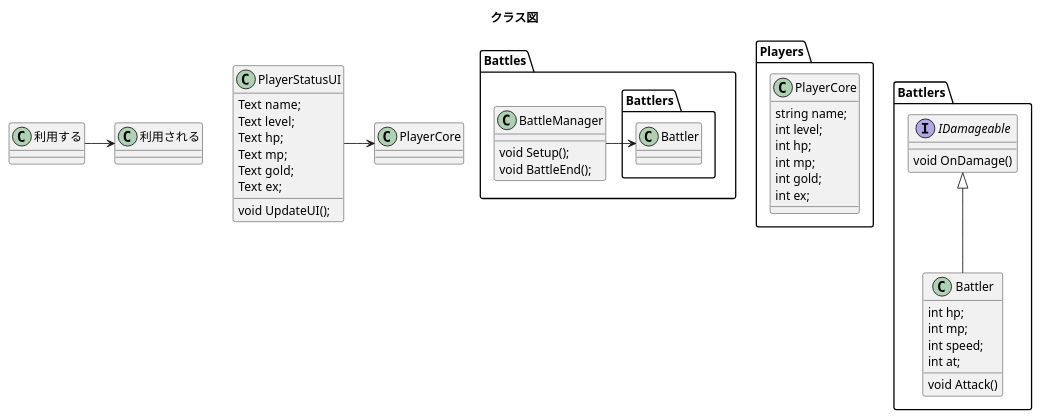
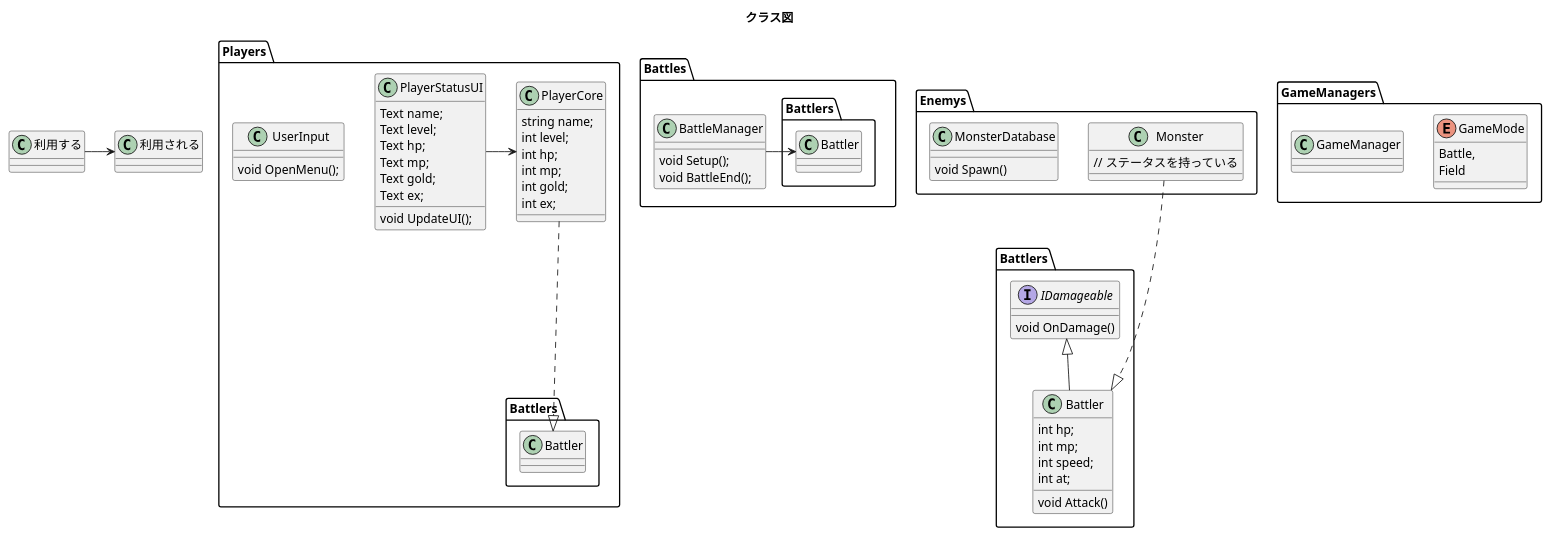
The diagram in DragonQuest.pu (Tsunehiko511/DragonQuestLike), drawn with PlantUML before and after one commit. The commit also changed 1 other file, not shown here.

Commit message:
クラス図の追加

```diff
--- a/DragonQuest.pu
+++ b/DragonQuest.pu
@@ -1,63 +1,95 @@
 @startuml
 title クラス図
 
 利用する -> 利用される
 
-PlayerStatusUI -> PlayerCore
-
-class PlayerStatusUI
-{    
-    Text name;
-    Text level;
-    Text hp;
-    Text mp;
-    Text gold;
-    Text ex;
-    void UpdateUI();
-}
 
 namespace Players{
+    class PlayerStatusUI
+    {    
+        Text name;
+        Text level;
+        Text hp;
+        Text mp;
+        Text gold;
+        Text ex;
+        void UpdateUI();
+    }
+
     class PlayerCore
     {
         string name;
         int level;
         int hp;
         int mp;
         int gold;
         int ex;
     }
-    
+
+    PlayerStatusUI -> Players.PlayerCore
+    Players.PlayerCore ...|> Battlers.Battler
+
+    class UserInput
+    {
+        void OpenMenu();
+    }
 }
 
 
 namespace Battles {
 
     class BattleManager
     {
         void Setup();
         void BattleEnd();
     }
-
     BattleManager ->Battlers.Battler
 }
 namespace Battlers {
 
     class Battler
     {
         int hp;
         int mp;
         int speed;
         int at;
         
         void Attack()
     }
     interface IDamageable
     {
         void OnDamage()
     }
 
     IDamageable <|-- Battler
 }
 
 
+namespace GameManagers{
+
+    enum GameMode
+    {
+        Battle,
+        Field
+    }
+
+    class GameManager
+    {
+    }
+}
+
+namespace Enemys{
+
+    Monster ...|> Battlers.Battler
+
+    class Monster
+    {
+        // ステータスを持っている
+    }
+
+    class MonsterDatabase
+    {
+        void Spawn()
+    }
+}
 @enduml
```
